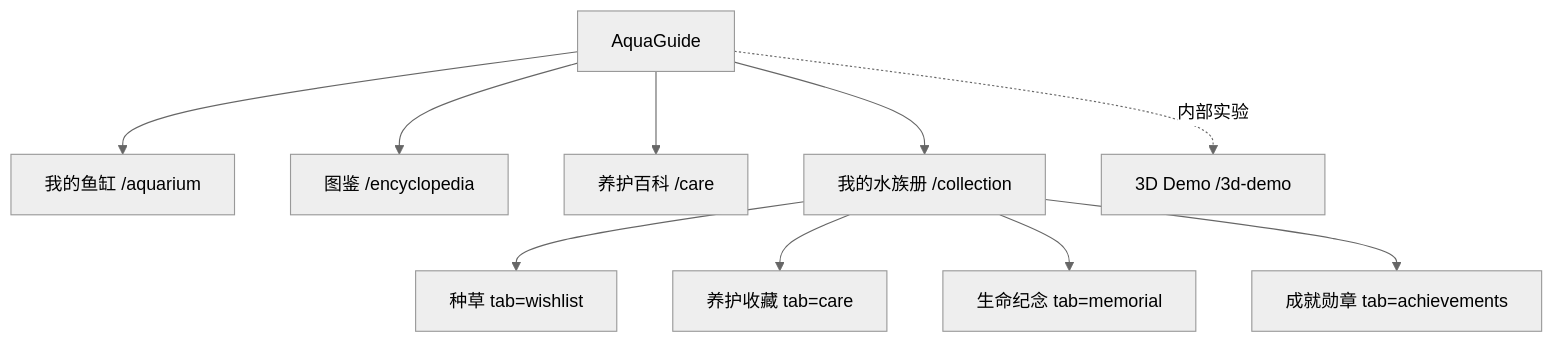
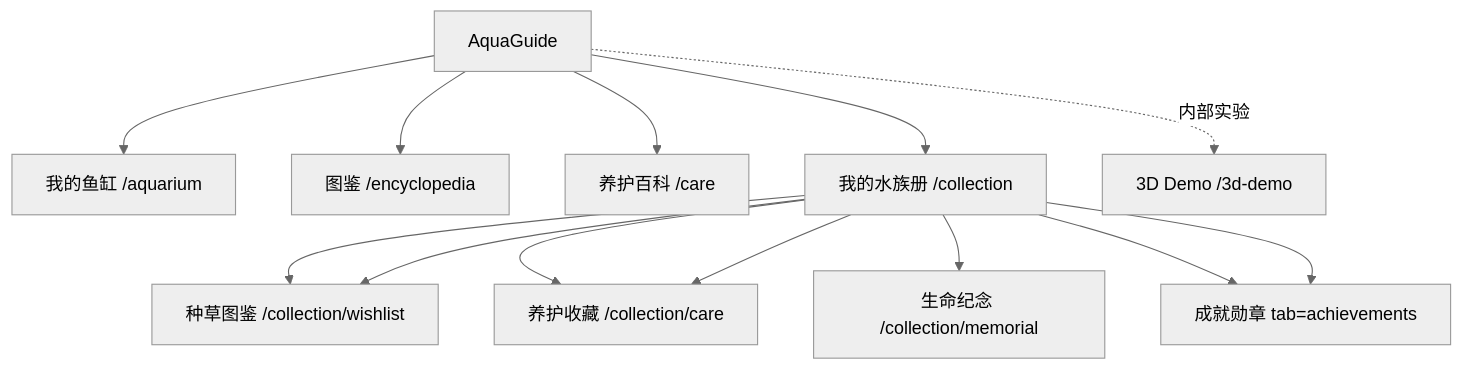
One commit to chusday97/aquaguide_frontend changed the diagram in docs/02-design/INFORMATION_ARCHITECTURE.md. Above: the diagram before and after it, drawn with Mermaid (neutral theme). The commit also changed other lines of this file and 5 other files, not shown here.

````diff
--- a/docs/02-design/INFORMATION_ARCHITECTURE.md
+++ b/docs/02-design/INFORMATION_ARCHITECTURE.md
@@ -7,12 +7,15 @@
 ```mermaid
 flowchart TD
   A["AquaGuide"] --> B["我的鱼缸 /aquarium"]
   A --> C["图鉴 /encyclopedia"]
   A --> D["养护百科 /care"]
   A --> E["我的水族册 /collection"]
   E --> E1["种草 tab=wishlist"]
   E --> E2["养护收藏 tab=care"]
-  E --> E3["生命纪念 tab=memorial"]
+  E --> E1["种草图鉴 /collection/wishlist"]
+  E --> E2["养护收藏 /collection/care"]
+  E --> E3["生命纪念 /collection/memorial"]
+  E --> E4["成就勋章 /collection/achievements"]
   E --> E4["成就勋章 tab=achievements"]
   A -. 内部实验 .-> X["3D Demo /3d-demo"]
 ```
````
